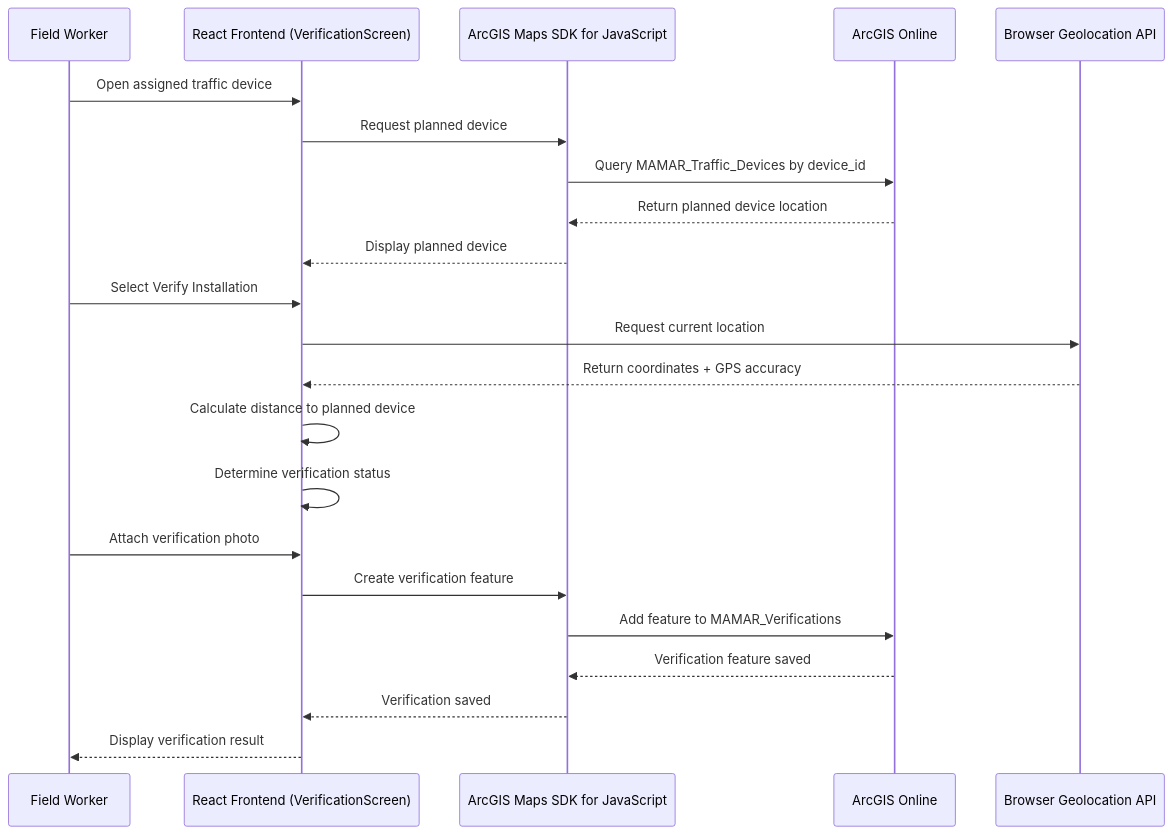
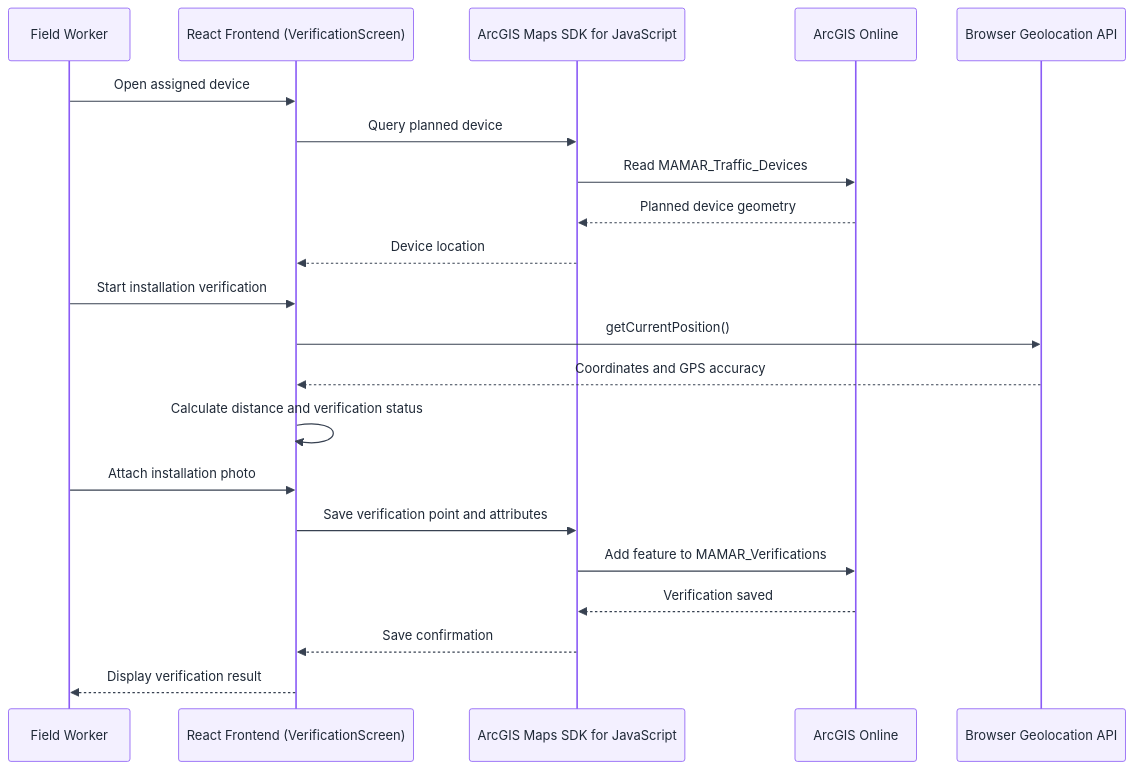
One commit to janaalhazmi/MAMAR changed the sixth of 6 diagrams in Stage 3: Technical Documentation/README.md. Above: the diagram before and after it, drawn with Mermaid. The commit also changed other lines of this file, not shown here.

Commit message:
Refine Stage 3 API documentation and technical justifications

````diff
--- a/Stage 3: Technical Documentation/README.md
+++ b/Stage 3: Technical Documentation/README.md
@@ -675,31 +660,24 @@
 ```mermaid
+%%{init: {"theme": "base", "themeVariables": {"background": "#FFFFFF", "primaryColor": "#F3F0FF", "primaryTextColor": "#1F2937", "primaryBorderColor": "#8B5CF6", "lineColor": "#374151", "secondaryColor": "#F3F0FF", "tertiaryColor": "#FFFFFF", "actorBkg": "#F3F0FF", "actorBorder": "#8B5CF6", "actorTextColor": "#1F2937", "signalColor": "#374151", "signalTextColor": "#1F2937", "labelBoxBkgColor": "#F3F0FF", "labelBoxBorderColor": "#8B5CF6", "noteBkgColor": "#F3F0FF", "noteBorderColor": "#8B5CF6", "fontFamily": "Arial", "fontSize": "14px"}}}%%
 sequenceDiagram
-    participant Worker as Field Worker
-    participant Screen as React Frontend (VerificationScreen)
-    participant SDK as ArcGIS Maps SDK for JavaScript
-    participant AGOL as ArcGIS Online
-    participant GEO as Browser Geolocation API
-
-    Worker->>Screen: Open assigned traffic device
-
-    Screen->>SDK: Request planned device
-    SDK->>AGOL: Query MAMAR_Traffic_Devices by device_id
-    AGOL-->>SDK: Return planned device location
-    SDK-->>Screen: Display planned device
-
-    Worker->>Screen: Select Verify Installation
-    Screen->>GEO: Request current location
-    GEO-->>Screen: Return coordinates + GPS accuracy
-
-    Screen->>Screen: Calculate distance to planned device
-    Screen->>Screen: Determine verification status
-
-    Worker->>Screen: Attach verification photo
-
-    Screen->>SDK: Create verification feature
-    SDK->>AGOL: Add feature to MAMAR_Verifications
-    AGOL-->>SDK: Verification feature saved
-    SDK-->>Screen: Verification saved
-
-    Screen-->>Worker: Display verification result
+    participant W as Field Worker
+    participant R as React Frontend (VerificationScreen)
+    participant S as ArcGIS Maps SDK for JavaScript
+    participant A as ArcGIS Online
+    participant G as Browser Geolocation API
+    W->>R: Open assigned device
+    R->>S: Query planned device
+    S->>A: Read MAMAR_Traffic_Devices
+    A-->>S: Planned device geometry
+    S-->>R: Device location
+    W->>R: Start installation verification
+    R->>G: getCurrentPosition()
+    G-->>R: Coordinates and GPS accuracy
+    R->>R: Calculate distance and verification status
+    W->>R: Attach installation photo
+    R->>S: Save verification point and attributes
+    S->>A: Add feature to MAMAR_Verifications
+    A-->>S: Verification saved
+    S-->>R: Save confirmation
+    R-->>W: Display verification result
 ```
````
